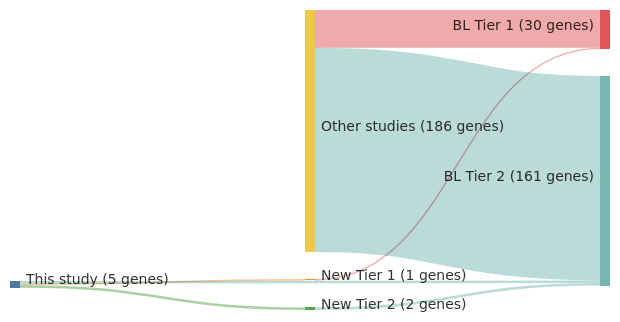
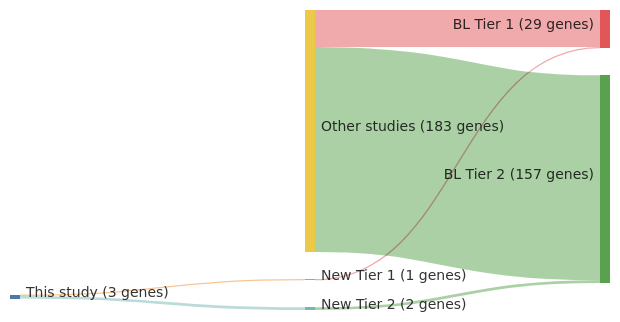
One commit to morinlab/lymphopedia changed the diagram in papers/muppidiLossSignalingGa132014b.md. Above: the diagram before and after it, drawn with Mermaid. The commit also changed 81 other files, not shown here.

````diff
--- a/papers/muppidiLossSignalingGa132014b.md
+++ b/papers/muppidiLossSignalingGa132014b.md
@@ -12,21 +12,20 @@
 ```mermaid
 ---
 config:
     sankey:
         showValues: true
         linkColor: target
         width: 600
         height: 300
         nodeAlignment: right
         prefix: '('
         suffix: ' genes)'
 ---
 sankey-beta
 This study, New Tier 1, 1
 New Tier 1, BL Tier 1, 1
-This study, BL Tier 2, 2
 This study, New Tier 2, 2
 New Tier 2, BL Tier 2, 2
-Other studies, BL Tier 1, 29
-Other studies, BL Tier 2, 157
+Other studies, BL Tier 1, 28
+Other studies, BL Tier 2, 155
 ```
````
